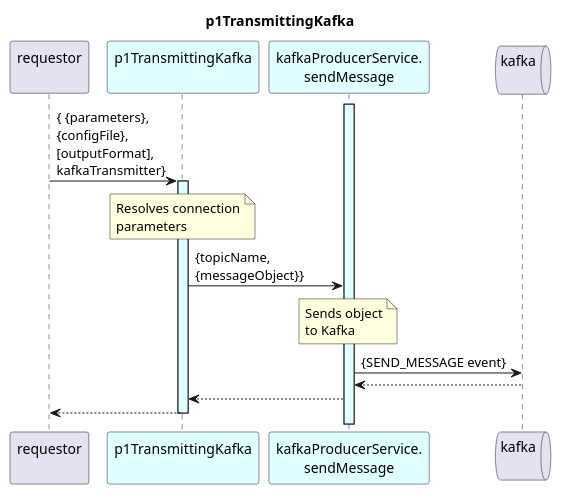
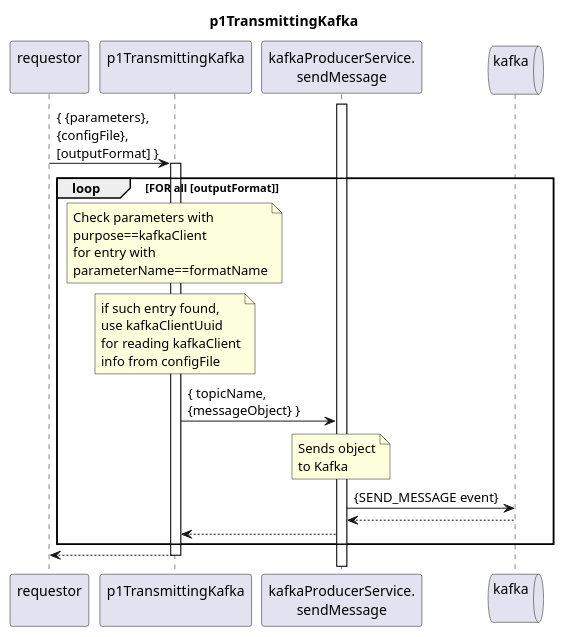
One commit to openBackhaul/DevicePerformanceManagementDataProcessor changed the diagram in spec/Functions/p1StreamPmData/p1ProcessDevice/p1TransmittingKafka/1.0.0/p1TransmittingKafka.plantuml. Above: the diagram before and after it, drawn with PlantUML. The commit also changed 13 other files, not shown here.

Commit message:
Down version p2TransmittingKafka

```diff
--- a/spec/Functions/p1StreamPmData/p1ProcessDevice/p1TransmittingKafka/1.0.0/p1TransmittingKafka.plantuml
+++ b/spec/Functions/p1StreamPmData/p1ProcessDevice/p1TransmittingKafka/1.0.0/p1TransmittingKafka.plantuml
@@ -1,38 +1,51 @@
 @startuml p1TransmittingKafka
 skinparam responseMessageBelowArrow true
 
 title
   p1TransmittingKafka
 end title
 
 participant "requestor\n" as requestor
-participant "p1TransmittingKafka\n" as p1Trans #LightCyan
-participant "kafkaProducerService.\nsendMessage" as p1KafkaP #LightCyan
+participant "p1TransmittingKafka\n" as p1Trans
+participant "kafkaProducerService.\nsendMessage" as p1KafkaP
 queue "kafka\n" as kafka
 
-activate p1KafkaP #LightCyan
+activate p1KafkaP
 
-requestor -> p1Trans : { {parameters},\n{configFile},\n[outputFormat],\nkafkaTransmitter}
-activate p1Trans #LightCyan
+requestor -> p1Trans : { {parameters},\n{configFile},\n[outputFormat] }
+activate p1Trans
 
-  note over p1Trans
-    Resolves connection
-    parameters
-  end note
+  loop FOR all [outputFormat]
 
-    p1Trans -> p1KafkaP : {topicName,\n{messageObject}}
+    note over p1Trans
+      Check parameters with
+      purpose==kafkaClient
+      for entry with
+      parameterName==formatName
+    end note
+
+    note over p1Trans
+      if such entry found,
+      use kafkaClientUuid
+      for reading kafkaClient
+      info from configFile
+    end note
+
+    p1Trans -> p1KafkaP : { topicName,\n{messageObject} }
 
       note over p1KafkaP
         Sends object
         to Kafka
       end note
 
       p1KafkaP -> kafka : {SEND_MESSAGE event}
       p1KafkaP <-- kafka
 
     p1Trans <-- p1KafkaP
 
+  end loop
+
 requestor <-- p1Trans
 deactivate p1Trans
 
 @enduml
```
